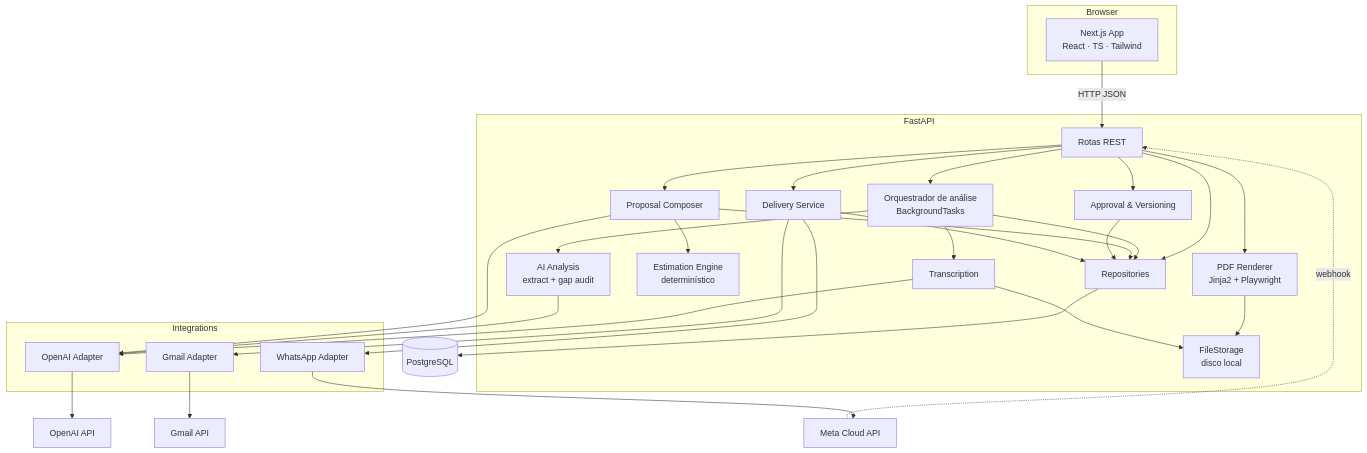
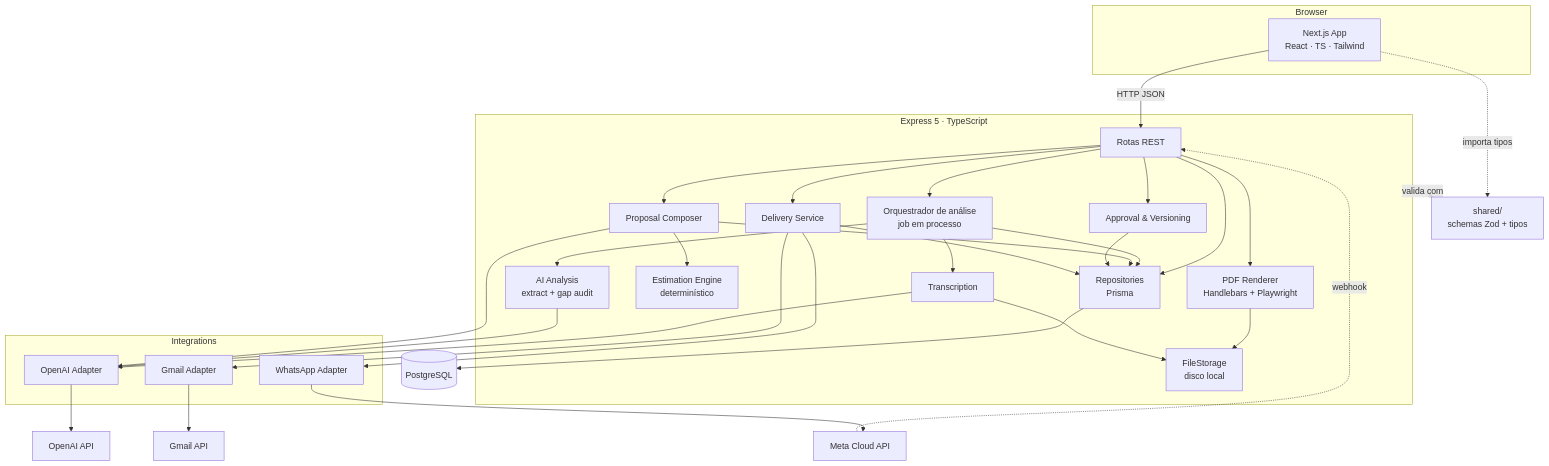
The first of 4 diagrams in docs/ARCHITECTURE.md (patrickmqs/hackathon2026), drawn with Mermaid before and after one commit. The commit also changed other lines of this file and 13 other files, not shown here.

First line of the commit message:
docs: migrar stack do backend para Node/TypeScript e adicionar roadmap por pessoa

````diff
--- a/docs/ARCHITECTURE.md
+++ b/docs/ARCHITECTURE.md
@@ -13,46 +13,50 @@
 ```mermaid
 flowchart TB
     subgraph Browser
         FE[Next.js App<br/>React · TS · Tailwind]
     end
 
-    subgraph Backend[FastAPI]
+    SH[shared/<br/>schemas Zod + tipos]
+
+    subgraph Backend[Express 5 · TypeScript]
         API[Rotas REST]
-        ORCH[Orquestrador de análise<br/>BackgroundTasks]
+        ORCH[Orquestrador de análise<br/>job em processo]
         SVC_T[Transcription]
         SVC_A[AI Analysis<br/>extract + gap audit]
         SVC_P[Proposal Composer]
         SVC_E[Estimation Engine<br/>determinístico]
-        SVC_PDF[PDF Renderer<br/>Jinja2 + Playwright]
+        SVC_PDF[PDF Renderer<br/>Handlebars + Playwright]
         SVC_APR[Approval & Versioning]
         SVC_D[Delivery Service]
-        REPO[Repositories]
+        REPO[Repositories<br/>Prisma]
         STORE[FileStorage<br/>disco local]
     end
 
     subgraph Integrations
         OAI[OpenAI Adapter]
         GM[Gmail Adapter]
         WA[WhatsApp Adapter]
     end
 
     DB[(PostgreSQL)]
     EXT_OAI[OpenAI API]
     EXT_GM[Gmail API]
     EXT_WA[Meta Cloud API]
 
+    FE -. importa tipos .-> SH
+    Backend -. valida com .-> SH
     FE -->|HTTP JSON| API
     API --> ORCH --> SVC_T --> OAI
     ORCH --> SVC_A --> OAI
     API --> SVC_P --> OAI
     SVC_P --> SVC_E
     API --> SVC_PDF --> STORE
     API --> SVC_APR
     API --> SVC_D --> GM & WA
     API & ORCH & SVC_P & SVC_APR & SVC_D --> REPO --> DB
     SVC_T --> STORE
     OAI --> EXT_OAI
     GM --> EXT_GM
     WA --> EXT_WA
     EXT_WA -.webhook.-> API
 ```
````
